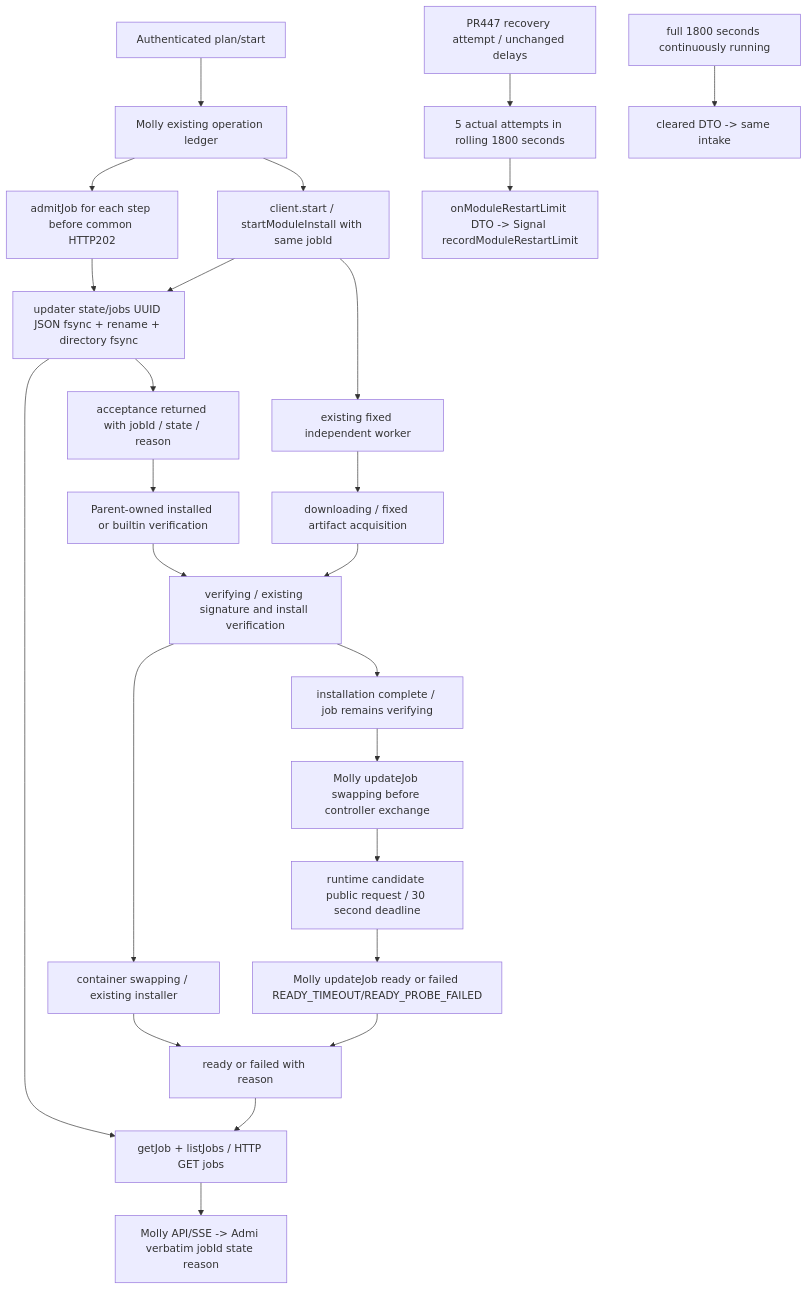
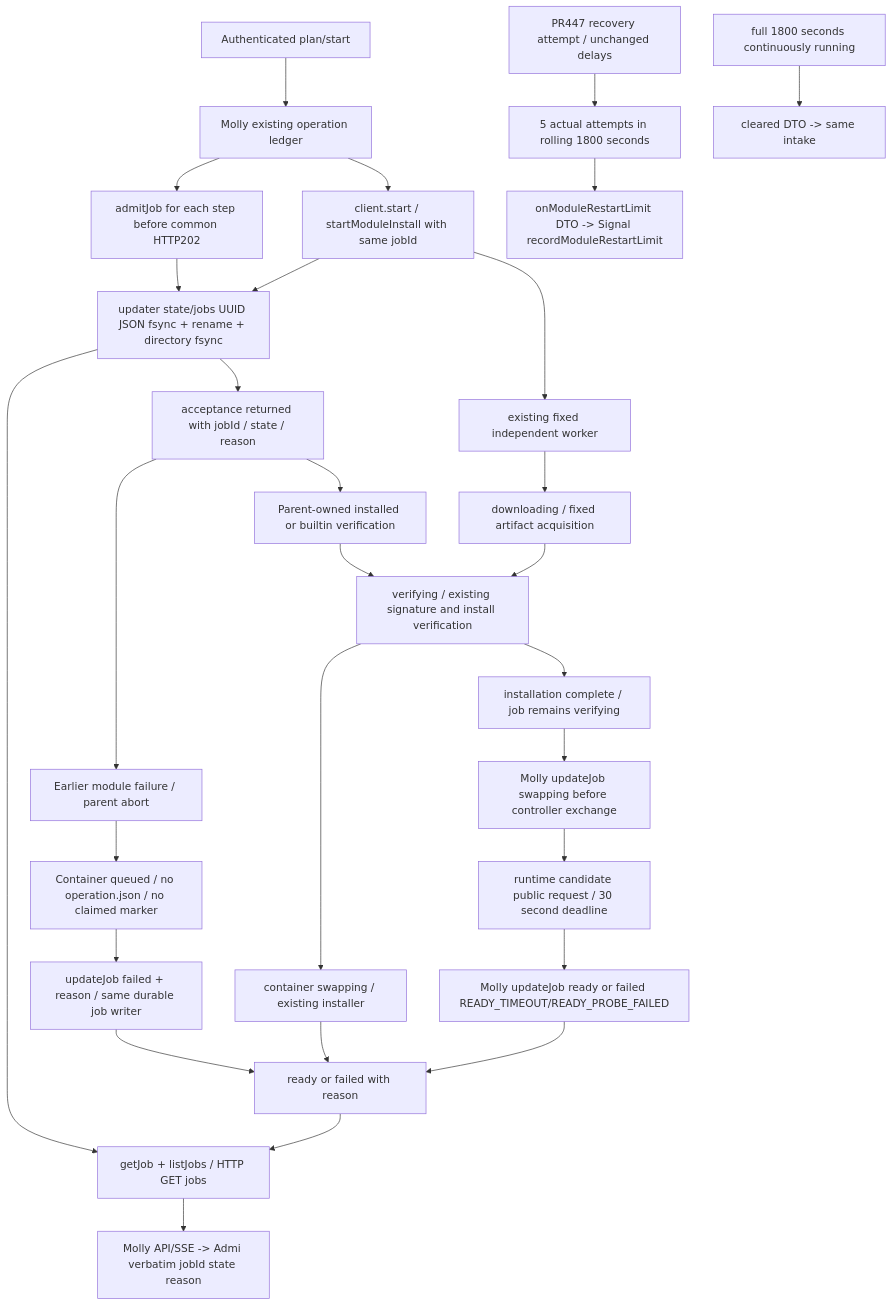
One commit to kitepon/BellTeam changed the diagram in docs/architecture/modules/runtime/update-jobs.md. Above: the diagram before and after it, drawn with Mermaid. The commit also changed other lines of this file and 2 other files, not shown here.

Commit message:
Close unstarted container jobs when an earlier module aborts

````diff
--- a/docs/architecture/modules/runtime/update-jobs.md
+++ b/docs/architecture/modules/runtime/update-jobs.md
@@ -16,27 +17,31 @@
 ```mermaid
 flowchart TD
   App[Authenticated plan/start] --> Parent[Molly existing operation ledger]
   Parent --> Admit[admitJob for each step before common HTTP202]
   Admit --> Durable[updater state/jobs UUID JSON fsync + rename + directory fsync]
   Parent --> Start[client.start / startModuleInstall with same jobId]
   Start --> Durable
   Durable --> Accept[acceptance returned with jobId / state / reason]
   Start --> Worker[existing fixed independent worker]
+  Accept --> Abort[Earlier module failure / parent abort]
+  Abort --> Unclaimed[Container queued / no operation.json / no claimed marker]
+  Unclaimed --> Aborted[updateJob failed + reason / same durable job writer]
+  Aborted --> End
   Accept --> Local[Parent-owned installed or builtin verification]
   Local --> Verify
   Worker --> Download[downloading / fixed artifact acquisition]
   Download --> Verify[verifying / existing signature and install verification]
   Verify --> Container[container swapping / existing installer]
   Container --> End[ready or failed with reason]
   Verify --> Module[installation complete / job remains verifying]
   Module --> Swap[Molly updateJob swapping before controller exchange]
   Swap --> Probe[runtime candidate public request / 30 second deadline]
   Probe --> Report[Molly updateJob ready or failed READY_TIMEOUT/READY_PROBE_FAILED]
   Report --> End
   Durable --> Read[getJob + listJobs / HTTP GET jobs]
   End --> Read
   Read --> UI[Molly API/SSE -> Admi verbatim jobId state reason]
   Restart[PR447 recovery attempt / unchanged delays] --> Limit[5 actual attempts in rolling 1800 seconds]
   Limit --> Intake[onModuleRestartLimit DTO -> Signal recordModuleRestartLimit]
   Quiet[full 1800 seconds continuously running] --> Clear[cleared DTO -> same intake]
 ```
````
